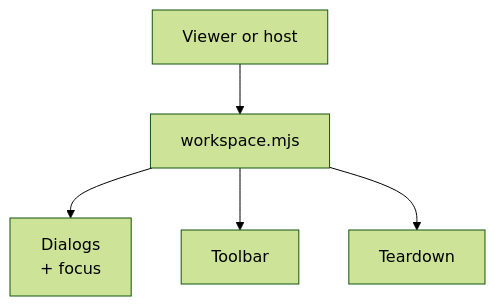
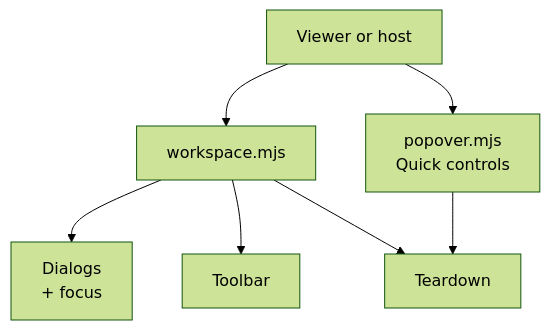
One commit to Valpatel/cad-agent changed the diagram in software/cadagent/webkit/scada/ui/src/workspace/README.md. Above: the diagram before and after it, drawn with Mermaid (forest theme). The commit also changed other lines of this file and 15 other files, not shown here.

Commit message:
Add anchored SCADA quick controls and explicit equipment model details

````diff
--- a/software/cadagent/webkit/scada/ui/src/workspace/README.md
+++ b/software/cadagent/webkit/scada/ui/src/workspace/README.md
@@ -12,7 +14,9 @@
 ```mermaid
 flowchart TD
   Host["Viewer or host"] --> Workspace["workspace.mjs"]
   Workspace --> Dialogs["Dialogs<br/>+ focus"]
   Workspace --> Toolbar["Toolbar"]
   Workspace --> Cleanup["Teardown"]
+  Host --> Popover["popover.mjs<br/>Quick controls"]
+  Popover --> Cleanup
 ```
````
